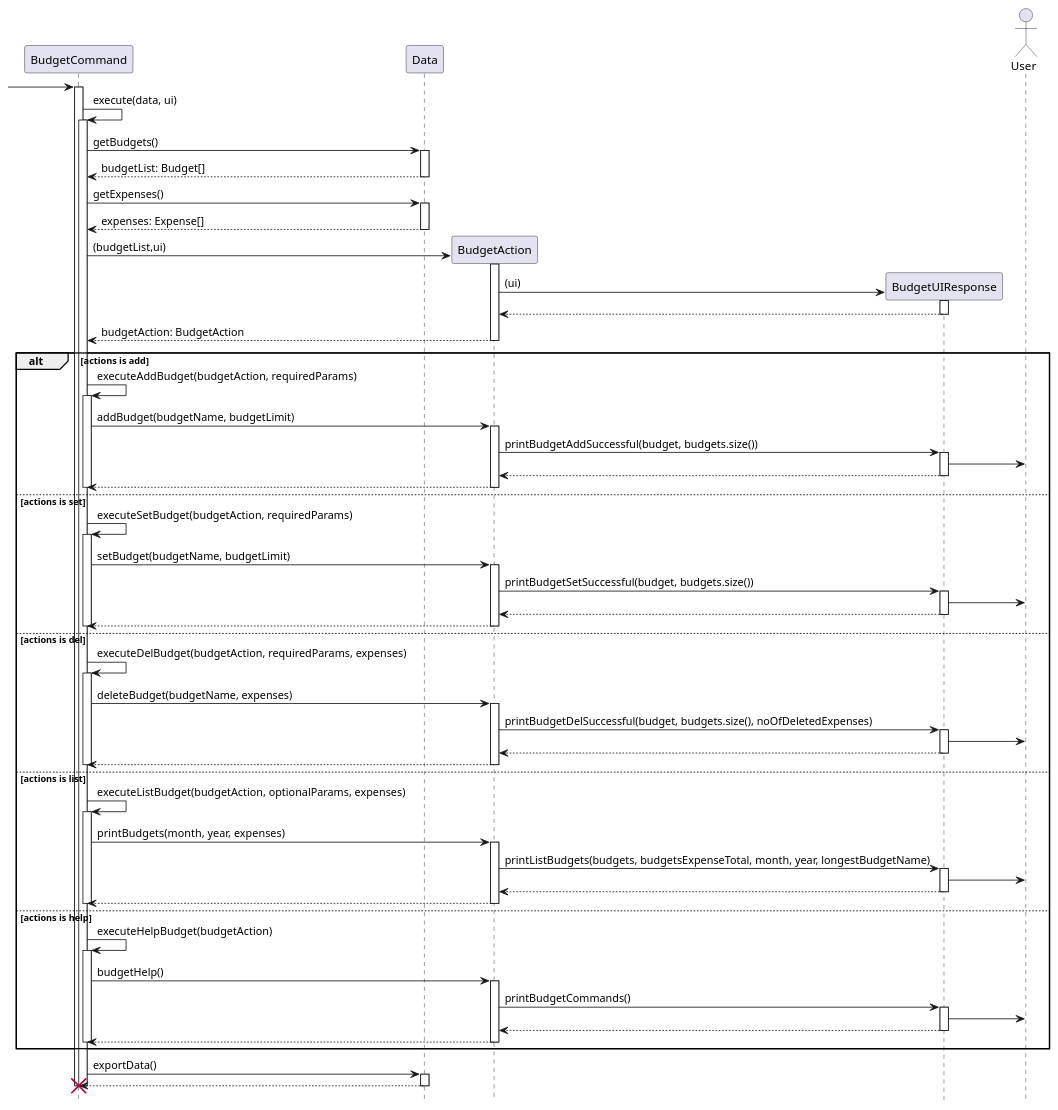
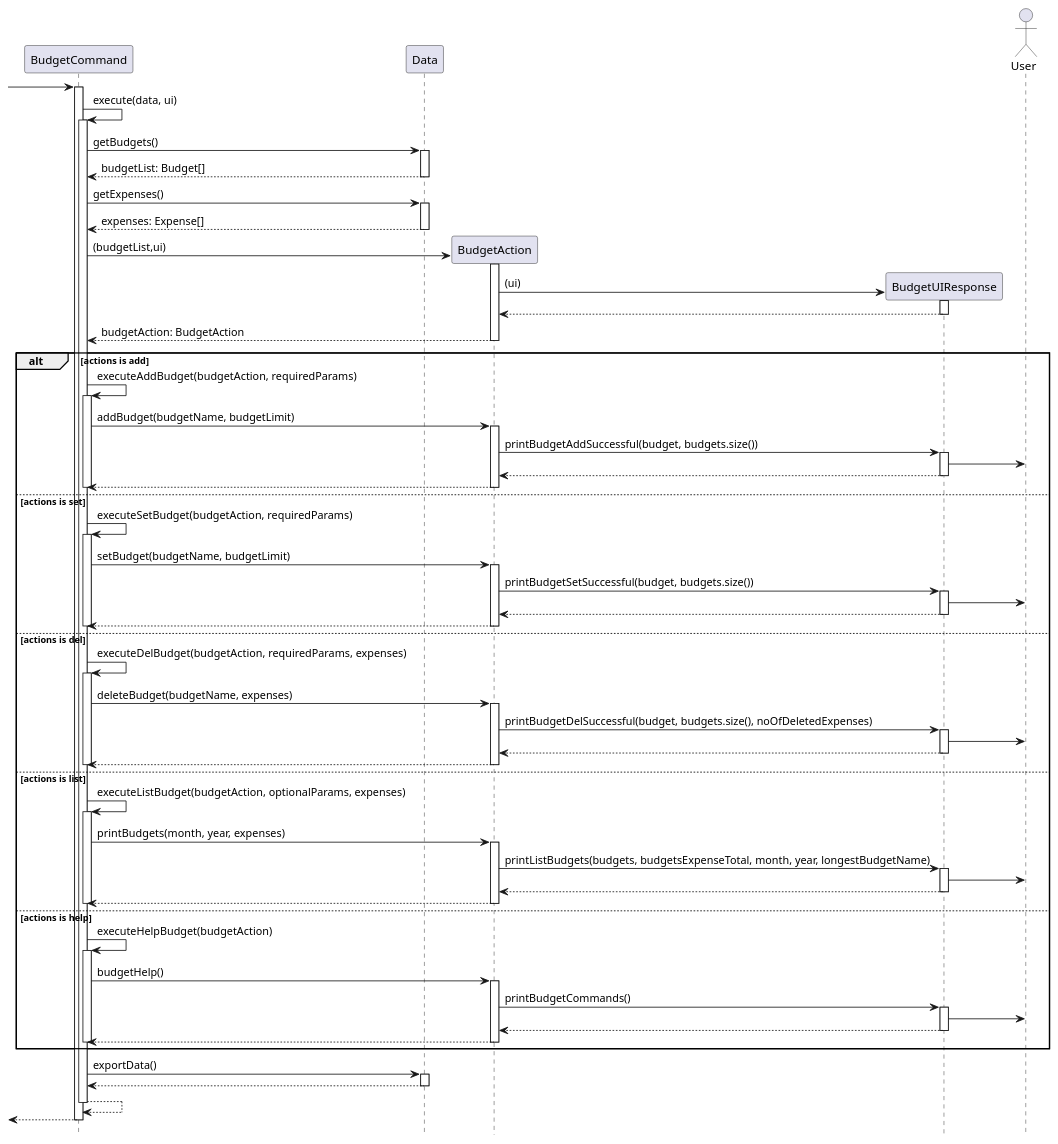
Before and after one commit to stephenkyang/tp: the diagram in docs/diagrams/BudgetCommandSequence.puml, drawn with PlantUML. The commit also changed 7 other files, not shown here.

Commit message:
fix sequence diagrams

```diff
--- a/docs/diagrams/BudgetCommandSequence.puml
+++ b/docs/diagrams/BudgetCommandSequence.puml
@@ -1,112 +1,116 @@
 @startuml
-
 hide footbox
 
 participant BudgetCommand
 participant Data
 participant BudgetAction
 participant BudgetUIResponse
 actor User
 
  -> "BudgetCommand":
 
 activate "BudgetCommand"
 "BudgetCommand" -> "BudgetCommand": execute(data, ui)
 activate  "BudgetCommand"
 "BudgetCommand" -> "Data": getBudgets()
 activate "Data"
 return budgetList: Budget[]
 deactivate "Data"
 
 
 "BudgetCommand" -> "Data": getExpenses()
 activate "Data"
 return expenses: Expense[]
 
 "BudgetCommand" -> "BudgetAction" ** : (budgetList,ui)
 activate "BudgetAction"
 
 "BudgetAction" -> "BudgetUIResponse" ** : (ui)
 activate "BudgetUIResponse"
 "BudgetUIResponse" --> "BudgetAction"
 deactivate "BudgetUIResponse"
 
 return budgetAction: BudgetAction
 deactivate "BudgetAction"
 
 
 alt actions is add
 "BudgetCommand" -> "BudgetCommand": executeAddBudget(budgetAction, requiredParams)
 activate "BudgetCommand"
 "BudgetCommand" -> "BudgetAction" : addBudget(budgetName, budgetLimit)
 activate "BudgetAction"
 "BudgetAction" -> "BudgetUIResponse" : printBudgetAddSuccessful(budget, budgets.size())
 activate "BudgetUIResponse"
 "BudgetUIResponse" -> User
 return
 return
 
 deactivate "BudgetCommand"
 
 else actions is set
 "BudgetCommand" -> "BudgetCommand": executeSetBudget(budgetAction, requiredParams)
 activate "BudgetCommand"
 "BudgetCommand" -> "BudgetAction" : setBudget(budgetName, budgetLimit)
 activate "BudgetAction"
 "BudgetAction" -> "BudgetUIResponse" : printBudgetSetSuccessful(budget, budgets.size())
 activate "BudgetUIResponse"
 "BudgetUIResponse" -> User
 return
 return
 
 deactivate "BudgetCommand"
 
 else actions is del
 "BudgetCommand" -> "BudgetCommand": executeDelBudget(budgetAction, requiredParams, expenses)
 activate "BudgetCommand"
 "BudgetCommand" -> "BudgetAction" : deleteBudget(budgetName, expenses)
 activate "BudgetAction"
 "BudgetAction" -> "BudgetUIResponse" : printBudgetDelSuccessful(budget, budgets.size(), noOfDeletedExpenses)
 activate "BudgetUIResponse"
 "BudgetUIResponse" -> User
 return
 return
 
 deactivate "BudgetCommand"
 
 else actions is list
 "BudgetCommand" -> "BudgetCommand": executeListBudget(budgetAction, optionalParams, expenses)
 activate "BudgetCommand"
 "BudgetCommand" -> "BudgetAction" : printBudgets(month, year, expenses)
 activate "BudgetAction"
 "BudgetAction" -> "BudgetUIResponse" : printListBudgets(budgets, budgetsExpenseTotal, month, year, longestBudgetName)
 activate "BudgetUIResponse"
 "BudgetUIResponse" -> User
 return
 return
 
 deactivate "BudgetCommand"
 
 else actions is help
 "BudgetCommand" -> "BudgetCommand": executeHelpBudget(budgetAction)
 activate "BudgetCommand"
 "BudgetCommand" -> "BudgetAction" : budgetHelp()
 activate "BudgetAction"
 "BudgetAction" -> "BudgetUIResponse" : printBudgetCommands()
 activate "BudgetUIResponse"
 "BudgetUIResponse" -> User
 return
 return
 
 deactivate "BudgetCommand"
 end
 
 "BudgetCommand" -> "Data": exportData()
 activate "Data"
 return
 deactivate "Data"
-
-destroy "BudgetCommand"
+"BudgetCommand" --> "BudgetCommand"
 deactivate "BudgetCommand"
 
+
+
+<-- "BudgetCommand"
+deactivate "BudgetCommand"
+
+
 @enduml
```
